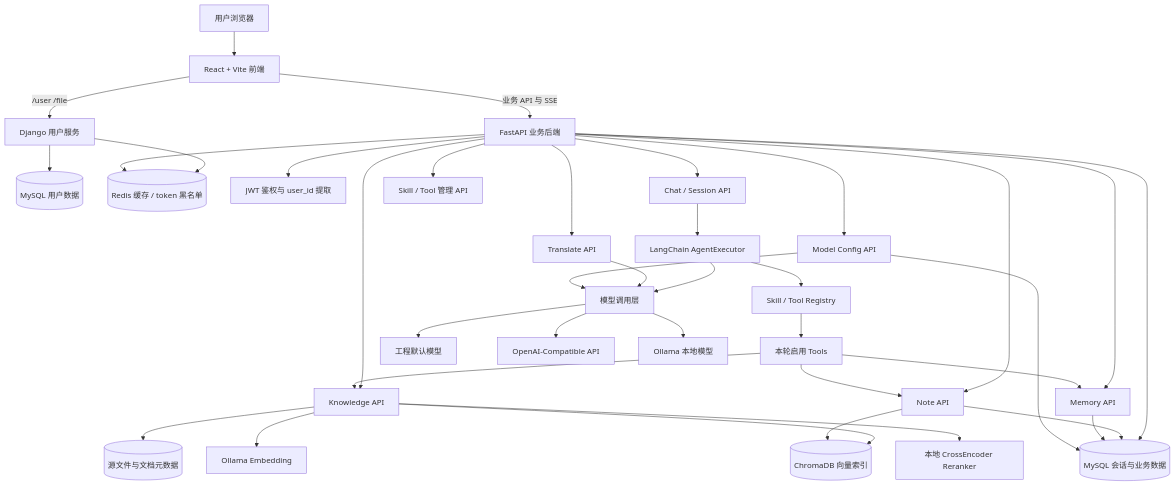
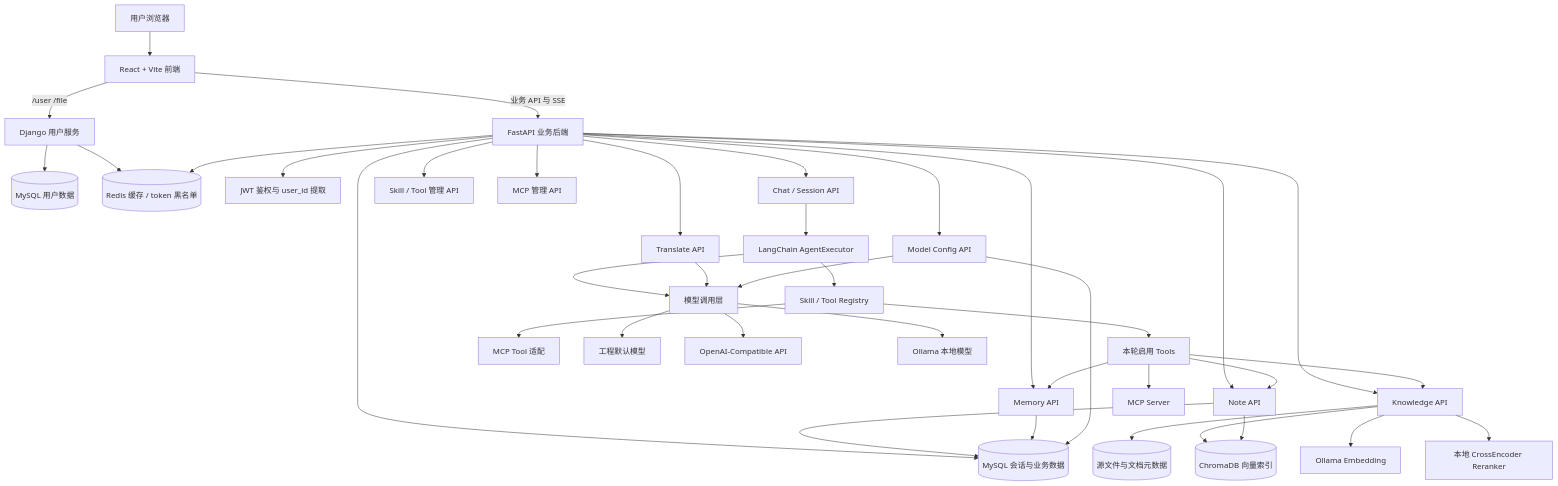
The diagram in docs/project_develop.md (STliuEN/Doki-Assistant), drawn with Mermaid before and after one commit. The commit also changed other lines of this file and 5 other files, not shown here.

````diff
--- a/docs/project_develop.md
+++ b/docs/project_develop.md
@@ -59,45 +60,48 @@
 ```mermaid
 flowchart TD
   U[用户浏览器] --> F[React + Vite 前端]
   F -->|/user /file| D[Django 用户服务]
   F -->|业务 API 与 SSE| B[FastAPI 业务后端]
 
   D --> UserDB[(MySQL 用户数据)]
   D --> Redis[(Redis 缓存 / token 黑名单)]
 
   B --> Auth[JWT 鉴权与 user_id 提取]
   B --> AppDB[(MySQL 会话与业务数据)]
   B --> Redis
 
   B --> Chat[Chat / Session API]
   B --> Knowledge[Knowledge API]
   B --> Note[Note API]
   B --> Memory[Memory API]
   B --> Translate[Translate API]
   B --> ModelConfig[Model Config API]
   B --> SkillTool[Skill / Tool 管理 API]
+  B --> MCPAPI[MCP 管理 API]
 
   Chat --> Agent[LangChain AgentExecutor]
   Agent --> Registry[Skill / Tool Registry]
   Registry --> Tools[本轮启用 Tools]
+  Registry --> MCPTools[MCP Tool 适配]
 
   Tools --> Knowledge
   Tools --> Note
   Tools --> Memory
+  Tools --> MCPServer[MCP Server]
 
   Knowledge --> SourceFiles[(源文件与文档元数据)]
   Knowledge --> Chroma[(ChromaDB 向量索引)]
   Note --> Chroma
   Note --> AppDB
   Memory --> AppDB
   ModelConfig --> AppDB
 
   Agent --> ModelLayer[模型调用层]
   Translate --> ModelLayer
   ModelConfig --> ModelLayer
   ModelLayer --> DefaultLLM[工程默认模型]
   ModelLayer --> Compatible[OpenAI-Compatible API]
   ModelLayer --> Ollama[Ollama 本地模型]
   Knowledge --> Embedding[Ollama Embedding]
   Knowledge --> Reranker[本地 CrossEncoder Reranker]
 ```
````
